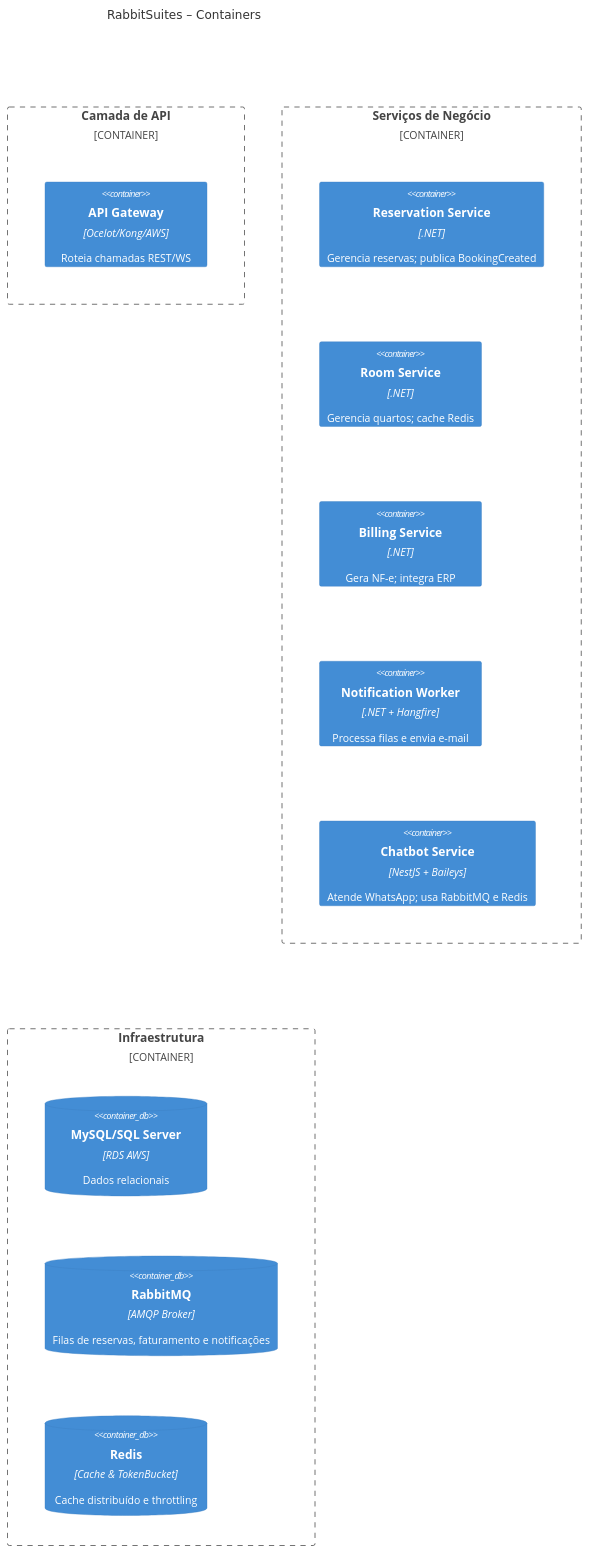
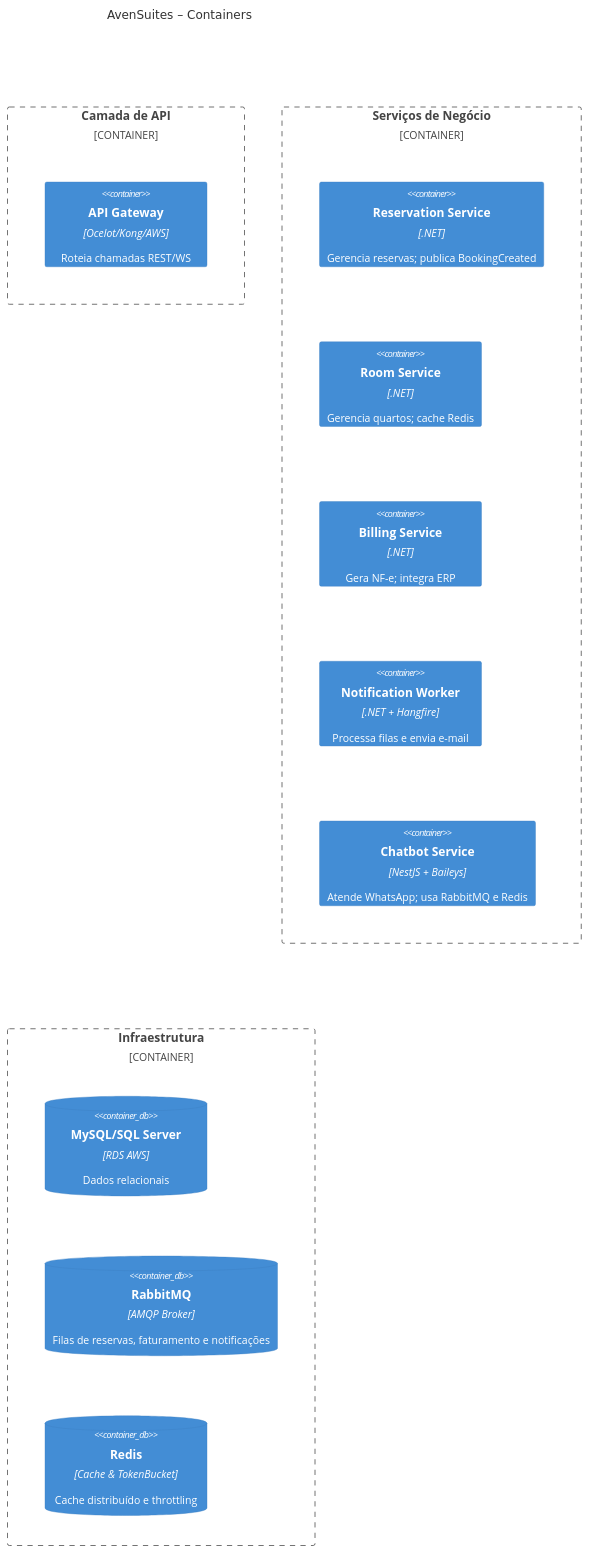
One commit to gustavojose136/portifolio-catolicasc changed the second of 3 diagrams in README.md. Above: the diagram before and after it, drawn with Mermaid. The commit also changed other lines of this file, not shown here.

````diff
--- a/README.md
+++ b/README.md
@@ -203,22 +203,22 @@
 ```mermaid
 C4Container
-    title RabbitSuites – Containers
+    title AvenSuites – Containers
 
     Container_Boundary(api_boundary, "Camada de API") {
         Container(apiGateway, "API Gateway", "Ocelot/Kong/AWS", "Roteia chamadas REST/WS")
     }
 
     Container_Boundary(svc_boundary, "Serviços de Negócio") {
         Container(reservationSvc, "Reservation Service", ".NET", "Gerencia reservas; publica BookingCreated")
         Container(roomSvc, "Room Service", ".NET", "Gerencia quartos; cache Redis")
         Container(billingSvc, "Billing Service", ".NET", "Gera NF-e; integra ERP")
         Container(notificationSvc, "Notification Worker", ".NET + Hangfire", "Processa filas e envia e-mail")
         Container(chatbotSvc, "Chatbot Service", "NestJS + Baileys", "Atende WhatsApp; usa RabbitMQ e Redis")
     }
 
     Container_Boundary(db_boundary, "Infraestrutura") {
         ContainerDb(mysql, "MySQL/SQL Server", "RDS AWS", "Dados relacionais")
         ContainerDb(rabbit, "RabbitMQ", "AMQP Broker", "Filas de reservas, faturamento e notificações")
         ContainerDb(redis, "Redis", "Cache & TokenBucket", "Cache distribuído e throttling")
     }
 ```
````
